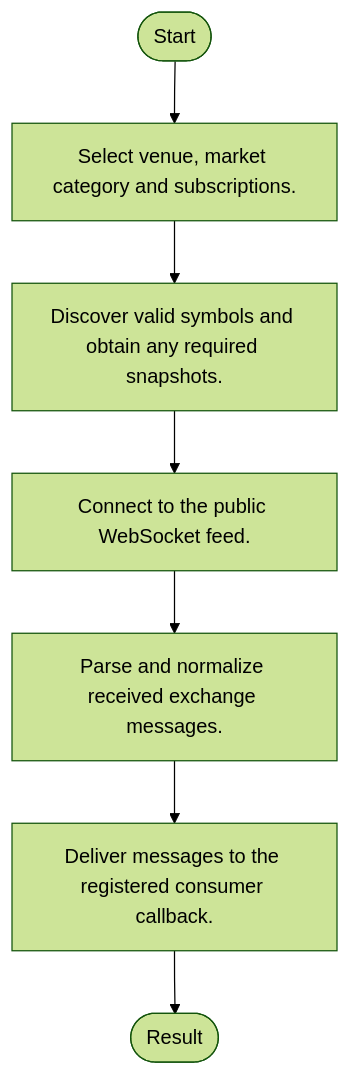
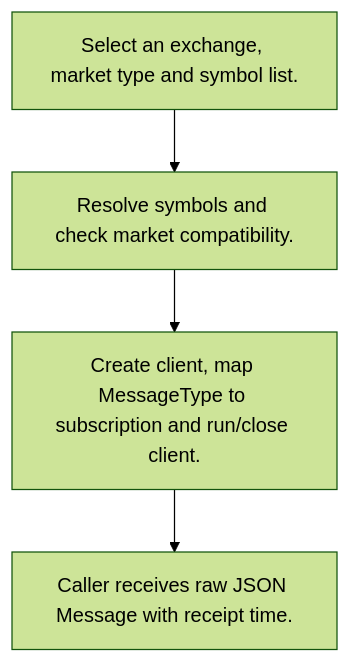
Before and after one commit to alexcwyu/crypto-crawler-rs: the third of 4 diagrams in docs/ayu-develop.md, drawn with Mermaid (forest theme). The commit also changed other lines of this file and 13 other files, not shown here.

Commit message:
docs: standardize source-reviewed system guides and offline diagrams

````diff
--- a/docs/ayu-develop.md
+++ b/docs/ayu-develop.md
@@ -85,15 +140,10 @@
 ```mermaid
 flowchart TD
-  Start(["Start"])
-  W0["Select venue, market category and subscriptions."]
-  W1["Discover valid symbols and obtain any required snapshots."]
-  W2["Connect to the public WebSocket feed."]
-  W3["Parse and normalize received exchange messages."]
-  W4["Deliver messages to the registered consumer callback."]
-  Start --> W0
+  W0["Select an exchange, market type and symbol list."]
+  W1["Resolve symbols and check market compatibility."]
   W0 --> W1
+  W2["Create client, map MessageType to subscription and run/close client."]
   W1 --> W2
+  W3["Caller receives raw JSON Message with receipt time."]
   W2 --> W3
-  W3 --> W4
-  W4 --> Finish(["Result"])
 ```
````
